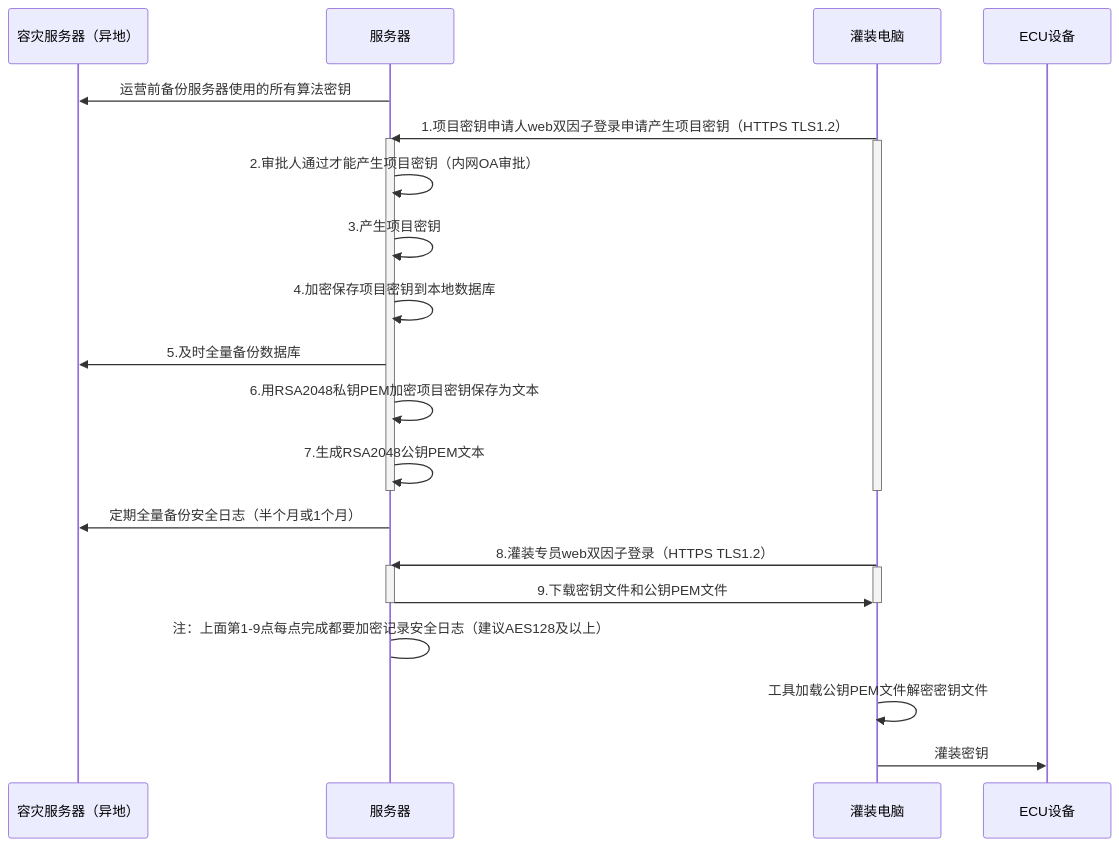
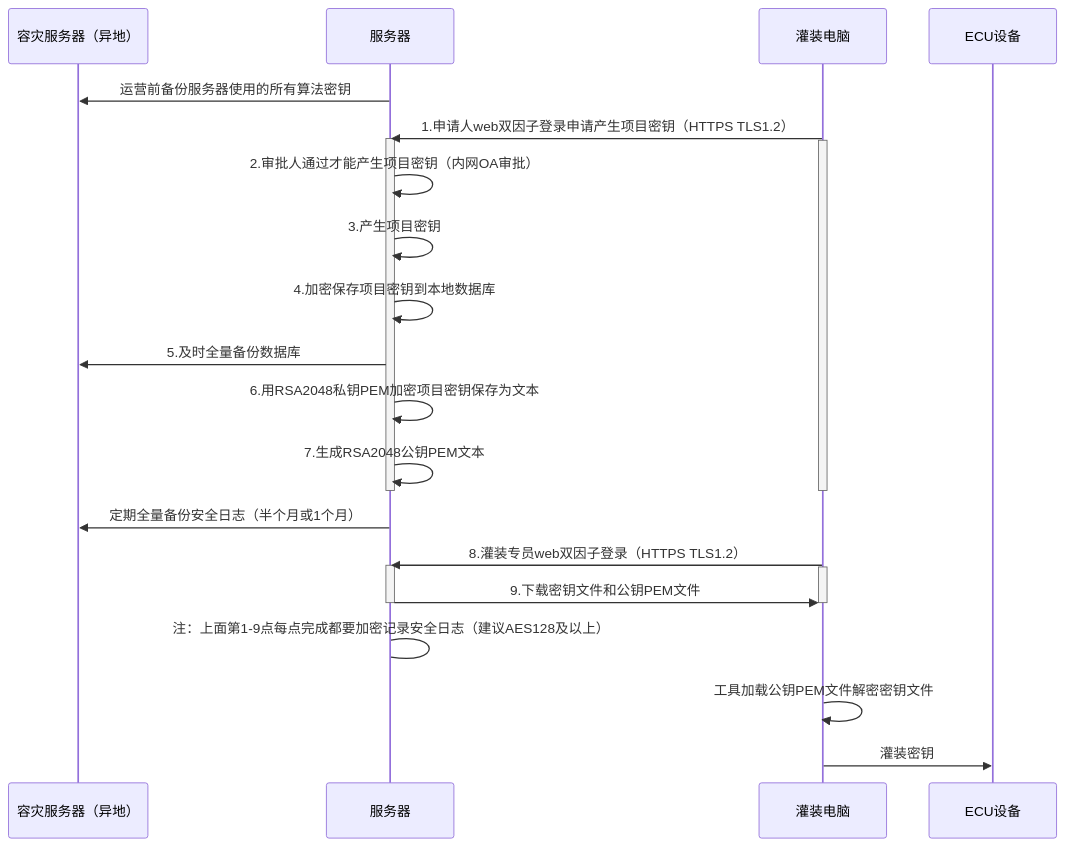
One commit to facebook-cloud/iodraw-files changed the diagram in all/未命名-17.md. Above: the diagram before and after it, drawn with Mermaid.

Commit message:
2026-03-05 20:40:55 update

````diff
--- a/all/未命名-17.md
+++ b/all/未命名-17.md
@@ -1,34 +1,34 @@
 ```mermaid
 sequenceDiagram
     participant A as 容灾服务器（异地）
     participant B as 服务器
     participant D as 灌装电脑
     participant E as ECU设备
 
     B->>A: 运营前备份服务器使用的所有算法密钥
-    D->>B: 1.项目密钥申请人web双因子登录申请产生项目密钥（HTTPS TLS1.2）
+    D->>B: 1.申请人web双因子登录申请产生项目密钥（HTTPS TLS1.2）
     activate B
     activate D
     B->>B: 2.审批人通过才能产生项目密钥（内网OA审批）
     B->>B: 3.产生项目密钥
     B->>B: 4.加密保存项目密钥到本地数据库
     B->>A: 5.及时全量备份数据库
     B->>B: 6.用RSA2048私钥PEM加密项目密钥保存为文本
     B->>B: 7.生成RSA2048公钥PEM文本
     deactivate B
     deactivate D
 
     B->>A: 定期全量备份安全日志（半个月或1个月）
     
     D->>B: 8.灌装专员web双因子登录（HTTPS TLS1.2）
     activate B
     activate D
     B->>D: 9.下载密钥文件和公钥PEM文件
     deactivate B
     deactivate D
     B->B: 注：上面第1-9点每点完成都要加密记录安全日志（建议AES128及以上）
 
     D->>D:工具加载公钥PEM文件解密密钥文件
     
     D->>E: 灌装密钥
 ```
````
